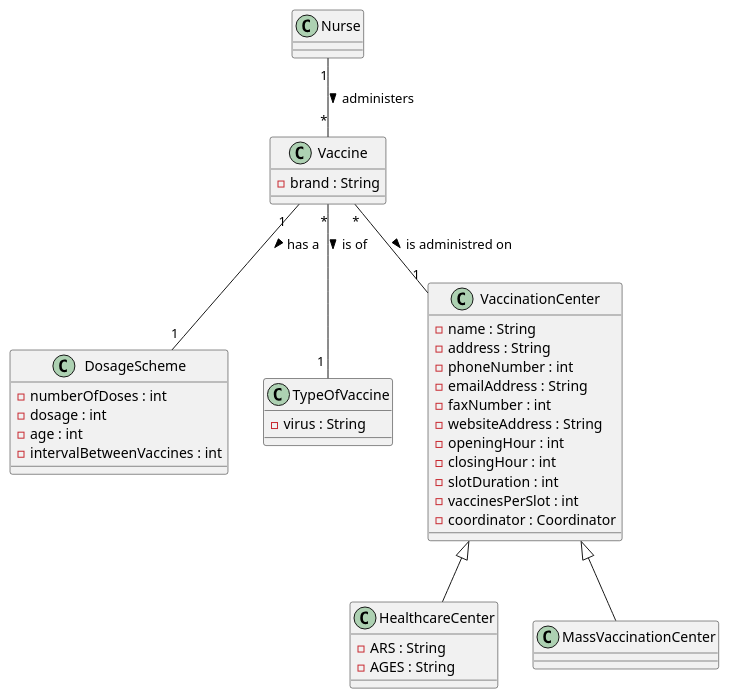
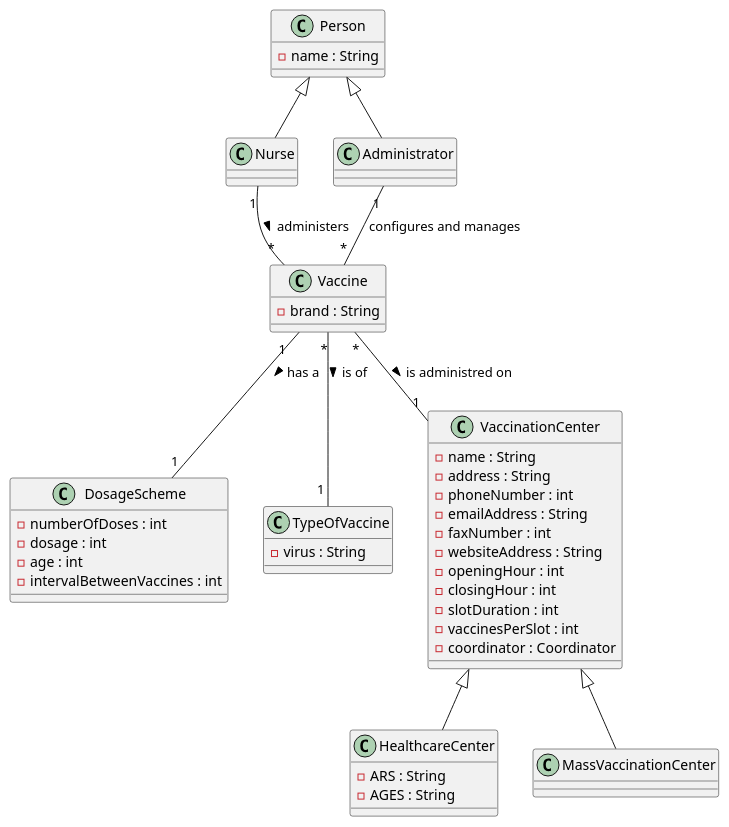
Before and after one commit to Pirussa/lei-22-s2-1da-g02: the diagram in docs/SprintA/DM.puml, drawn with PlantUML. The commit also changed 1 other file, not shown here.

```diff
--- a/docs/SprintA/DM.puml
+++ b/docs/SprintA/DM.puml
@@ -1,65 +1,72 @@
 @startuml
 'https://plantuml.com/class-diagram
 
 class Vaccine {
 -brand : String
 
 }
 
 
 
 class DosageScheme {
 -numberOfDoses : int
 -dosage : int
 -age : int
 -intervalBetweenVaccines : int
 }
 
 Vaccine "1  " -- "1" DosageScheme : has a >
 
 class TypeOfVaccine {
 -virus : String
 }
 
 Vaccine "*" -- "1 " TypeOfVaccine : is of >
 
 
 class VaccinationCenter {
 -name : String
 -address : String
 -phoneNumber : int
 -emailAddress : String
 -faxNumber : int
 -websiteAddress : String
 -openingHour : int
 -closingHour : int
 -slotDuration : int
 -vaccinesPerSlot : int
 -coordinator : Coordinator
 }
 
 Vaccine "*" -- "1" VaccinationCenter : is administred on >
 class HealthcareCenter extends VaccinationCenter {
 -ARS : String
 -AGES : String
 }
 
 class MassVaccinationCenter extends VaccinationCenter {
 
 }
 
-class Nurse {
+class Nurse extends Person{
 
 }
 
+class Person{
+-name : String
+}
+class Administrator extends Person{
+}
+
+Administrator "1" -- "*" Vaccine : configures and manages
 Nurse "1" -- "*" Vaccine : administers >
 
 
 
 
 
 
 
 
 
 @enduml
```
